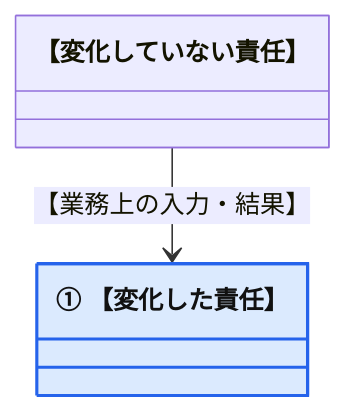
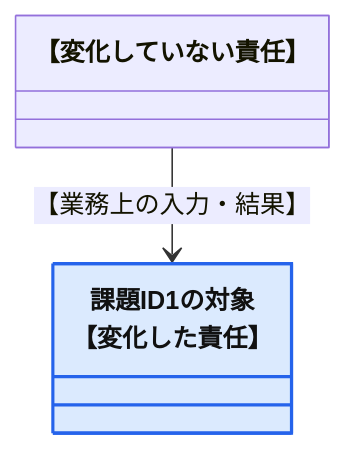
One commit to kumachan1101-pixel/DesignPattern changed the fifth of 5 diagrams in kindle/design-patterns/templates/chapter-template.md. Above: the diagram before and after it, drawn with Mermaid. The commit also changed other lines of this file and 12 other files, not shown here.

````diff
--- a/kindle/design-patterns/templates/chapter-template.md
+++ b/kindle/design-patterns/templates/chapter-template.md
@@ -792,8 +796,8 @@
 ```mermaid
 classDiagram
     %% provisional-role-diagram
     class StablePart["【変化していない責任】"]
-    class ChangePart["① 【変化した責任】"]:::focus
+    class ChangePart["課題ID1の対象<br>【変化した責任】"]:::focus
     StablePart --> ChangePart : 【業務上の入力・結果】
     classDef focus fill:#dbeafe,stroke:#2563eb,stroke-width:2px,color:#111;
 ```
````
